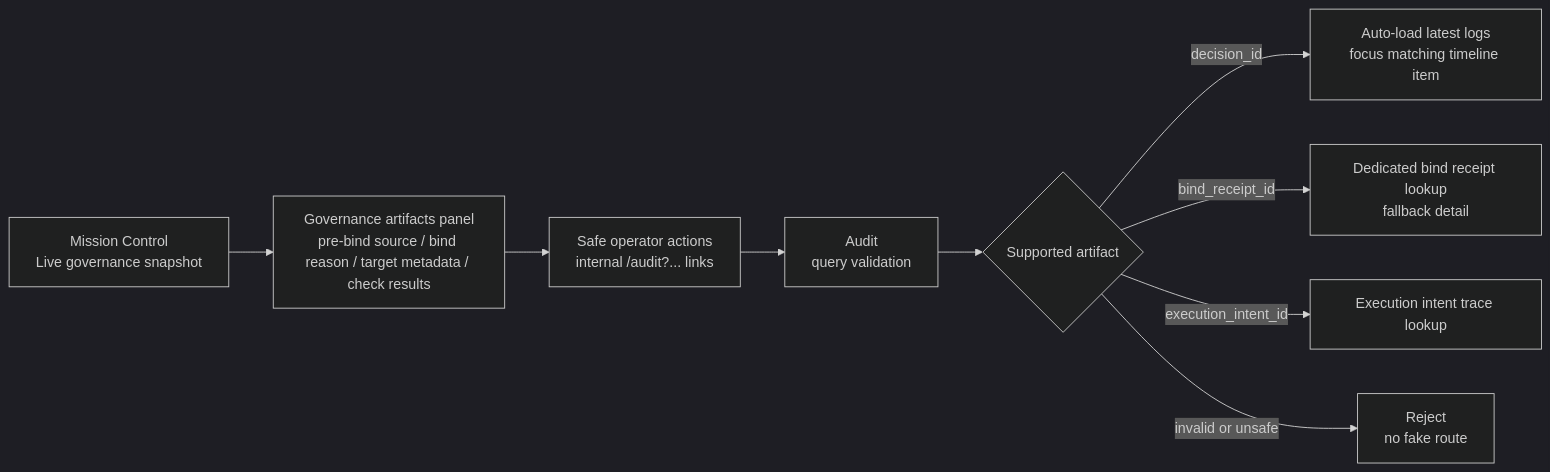
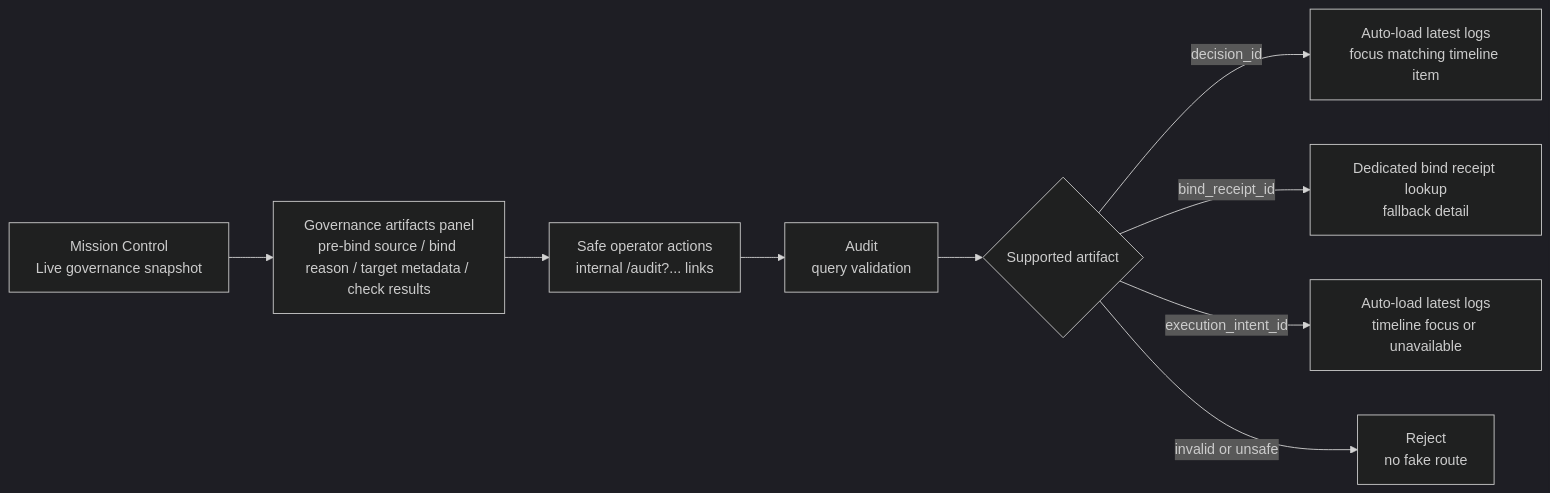
The diagram in README.md (veritasfuji-japan/veritas_os), drawn with Mermaid (dark theme) before and after one commit. The commit also changed other lines of this file and 1 other file, not shown here.

Commit message:
docs: clarify execution_intent_id workflow wording in READMEs

````diff
--- a/README.md
+++ b/README.md
@@ -31,11 +31,11 @@
 ```mermaid
 flowchart LR
   A[Mission Control<br/>Live governance snapshot] --> B[Governance artifacts panel<br/>pre-bind source / bind reason / target metadata / check results]
   B --> C[Safe operator actions<br/>internal /audit?... links]
   C --> D[Audit<br/>query validation]
   D --> E{Supported artifact}
   E -->|decision_id| F[Auto-load latest logs<br/>focus matching timeline item]
   E -->|bind_receipt_id| G[Dedicated bind receipt lookup<br/>fallback detail]
-  E -->|execution_intent_id| I[Execution intent trace lookup]
+  E -->|execution_intent_id| I[Auto-load latest logs<br/>timeline focus or unavailable]
   E -->|invalid or unsafe| H[Reject<br/>no fake route]
 ```
````
